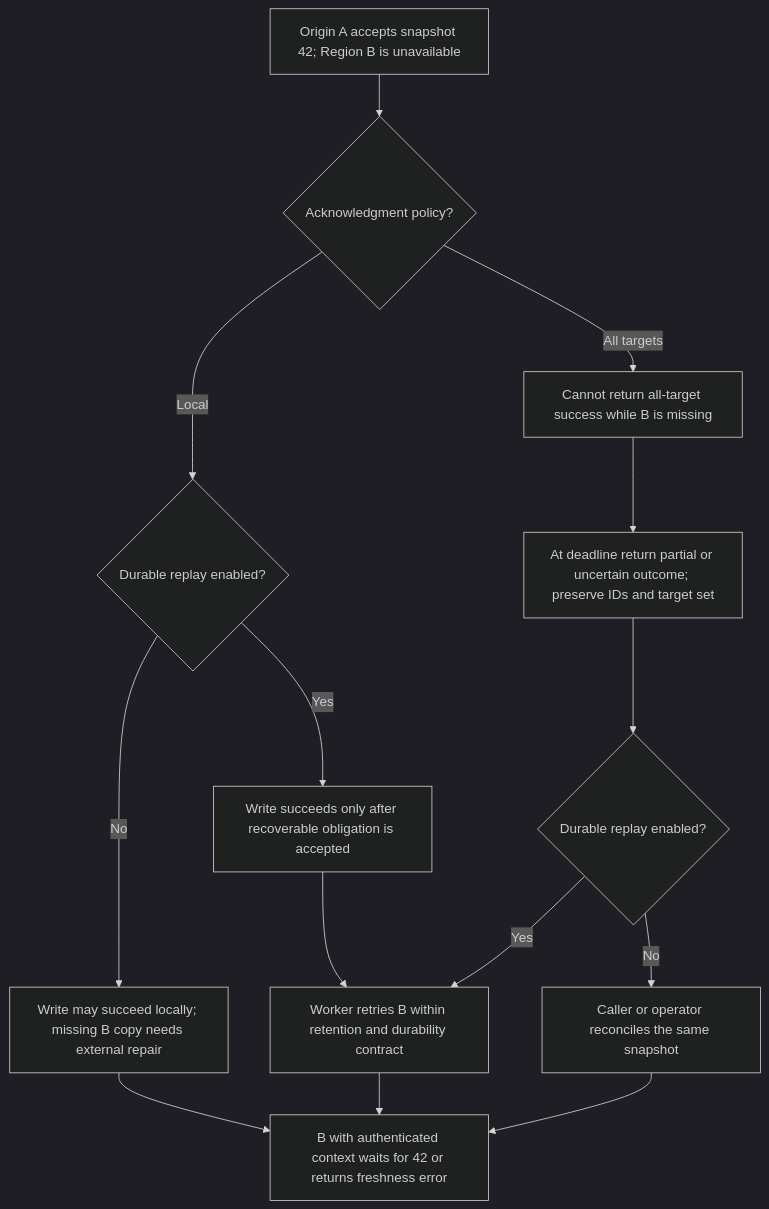
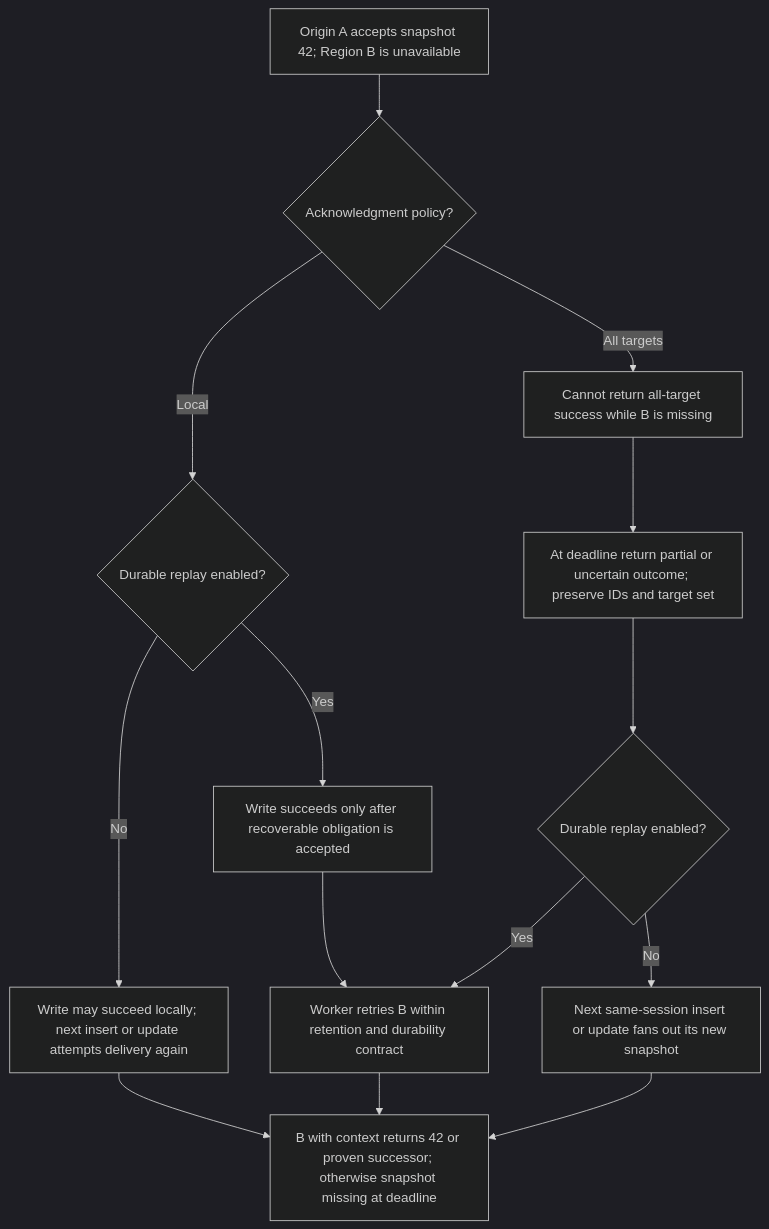
Before and after one commit to alberttwong/redis-multi-region-adapter: the third of 4 diagrams in decisions.md, drawn with Mermaid (dark theme). The commit also changed other lines of this file and 11 other files, not shown here.

Commit message:
Consolidate consistency docs and clarify next-write refresh

````diff
--- a/decisions.md
+++ b/decisions.md
@@ -51,16 +51,16 @@
 ```mermaid
 flowchart TD
     Write["Origin A accepts snapshot 42; Region B is unavailable"] --> Policy{"Acknowledgment policy?"}
     Policy -->|Local| Saved{"Durable replay enabled?"}
-    Saved -->|No| Local["Write may succeed locally; missing B copy needs external repair"]
+    Saved -->|No| Local["Write may succeed locally; next insert or update attempts delivery again"]
     Saved -->|Yes| Capture["Write succeeds only after recoverable obligation is accepted"]
     Capture --> Worker["Worker retries B within retention and durability contract"]
     Policy -->|All targets| Deadline["Cannot return all-target success while B is missing"]
     Deadline --> Unknown["At deadline return partial or uncertain outcome; preserve IDs and target set"]
     Unknown --> Repair{"Durable replay enabled?"}
     Repair -->|Yes| Worker
-    Repair -->|No| Caller["Caller or operator reconciles the same snapshot"]
-    Local --> Read["B with authenticated context waits for 42 or returns freshness error"]
+    Repair -->|No| NextWrite["Next same-session insert or update fans out its new snapshot"]
+    Local --> Read["B with context returns 42 or proven successor; otherwise snapshot missing at deadline"]
     Worker --> Read
-    Caller --> Read
+    NextWrite --> Read
 ```
````
